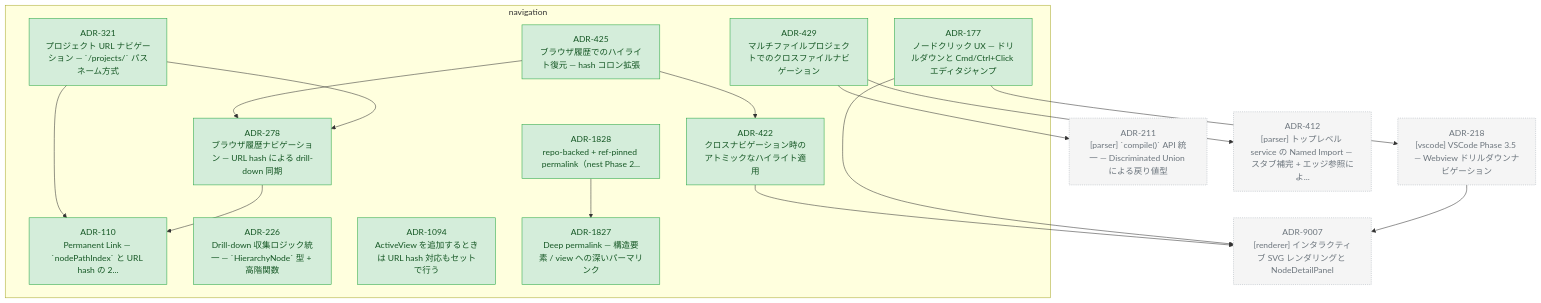
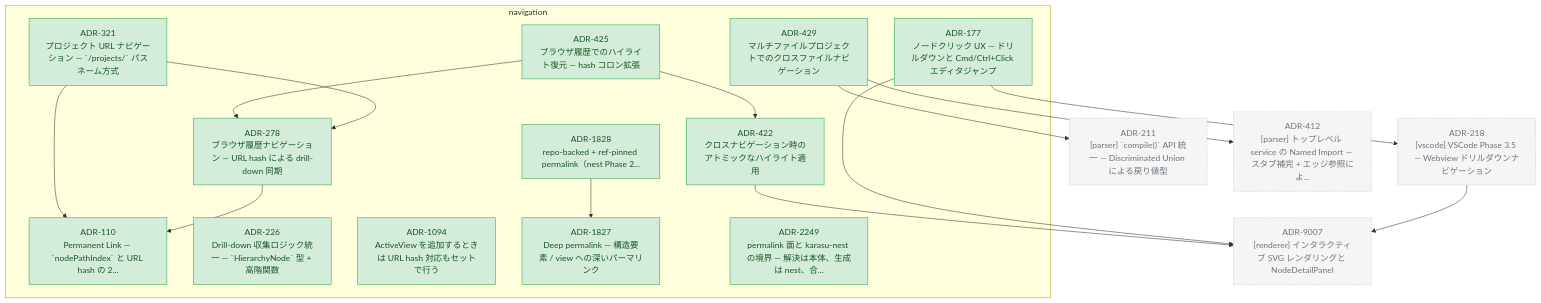
The diagram in docs/adr/graph/navigation.md (kompiro/karasu), drawn with Mermaid before and after one commit. The commit also changed other lines of this file and 5 other files, not shown here.

First line of the commit message:
docs(adr): record ADR-2249 — permalink resolves, karasu-nest generates, the repo joins them

````diff
--- a/docs/adr/graph/navigation.md
+++ b/docs/adr/graph/navigation.md
@@ -6,54 +6,56 @@
 ```mermaid
 flowchart TD
   subgraph navigation["navigation"]
     ADR_110["ADR-110<br/>Permanent Link — `nodePathIndex` と URL hash の 2..."]
     ADR_177["ADR-177<br/>ノードクリック UX — ドリルダウンと Cmd/Ctrl+Click エディタジャンプ"]
     ADR_226["ADR-226<br/>Drill-down 収集ロジック統一 — `HierarchyNode` 型 + 高階関数"]
     ADR_278["ADR-278<br/>ブラウザ履歴ナビゲーション — URL hash による drill-down 同期"]
     ADR_321["ADR-321<br/>プロジェクト URL ナビゲーション — `/projects/<uuid>` パスネーム方式"]
     ADR_422["ADR-422<br/>クロスナビゲーション時のアトミックなハイライト適用"]
     ADR_425["ADR-425<br/>ブラウザ履歴でのハイライト復元 — hash コロン拡張"]
     ADR_429["ADR-429<br/>マルチファイルプロジェクトでのクロスファイルナビゲーション"]
     ADR_1094["ADR-1094<br/>ActiveView を追加するときは URL hash 対応もセットで行う"]
     ADR_1827["ADR-1827<br/>Deep permalink — 構造要素 / view への深いパーマリンク"]
     ADR_1828["ADR-1828<br/>repo-backed + ref-pinned permalink（nest Phase 2..."]
+    ADR_2249["ADR-2249<br/>permalink 面と karasu-nest の境界 — 解決は本体、生成は nest、合..."]
   end
   ADR_211["ADR-211<br/>[parser] `compile()` API 統一 — Discriminated Union による戻り値型"]
   ADR_218["ADR-218<br/>[vscode] VSCode Phase 3.5 — Webview ドリルダウンナビゲーション"]
   ADR_412["ADR-412<br/>[parser] トップレベル service の Named Import — スタブ補完 + エッジ参照によ..."]
   ADR_9007["ADR-9007<br/>[renderer] インタラクティブ SVG レンダリングと NodeDetailPanel"]
   ADR_177 --> ADR_9007
   ADR_177 --> ADR_218
   ADR_278 --> ADR_110
   ADR_321 --> ADR_278
   ADR_321 --> ADR_110
   ADR_422 --> ADR_9007
   ADR_425 --> ADR_422
   ADR_425 --> ADR_278
   ADR_429 --> ADR_412
   ADR_429 --> ADR_211
   ADR_1828 --> ADR_1827
   ADR_218 --> ADR_9007
 
   classDef accepted fill:#d4edda,stroke:#28a745,color:#155724
   classDef proposed fill:#fff3cd,stroke:#ffc107,color:#856404
   classDef deprecated fill:#f8d7da,stroke:#dc3545,color:#721c24
   classDef superseded fill:#e2e3e5,stroke:#6c757d,color:#383d41
   classDef not_adopted fill:#e2e3e5,stroke:#6c757d,color:#383d41,stroke-dasharray:3 3
   classDef ghost fill:#f5f5f5,stroke:#adb5bd,color:#6c757d,stroke-dasharray:2 2
   class ADR_110 accepted
   class ADR_177 accepted
   class ADR_226 accepted
   class ADR_278 accepted
   class ADR_321 accepted
   class ADR_422 accepted
   class ADR_425 accepted
   class ADR_429 accepted
   class ADR_1094 accepted
   class ADR_1827 accepted
   class ADR_1828 accepted
+  class ADR_2249 accepted
   class ADR_211 ghost
   class ADR_218 ghost
   class ADR_412 ghost
   class ADR_9007 ghost
 ```
````
